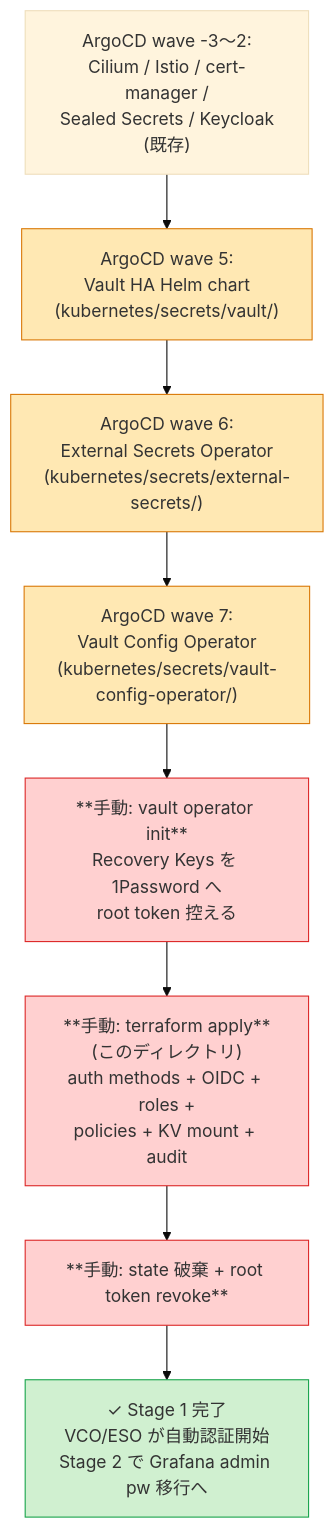
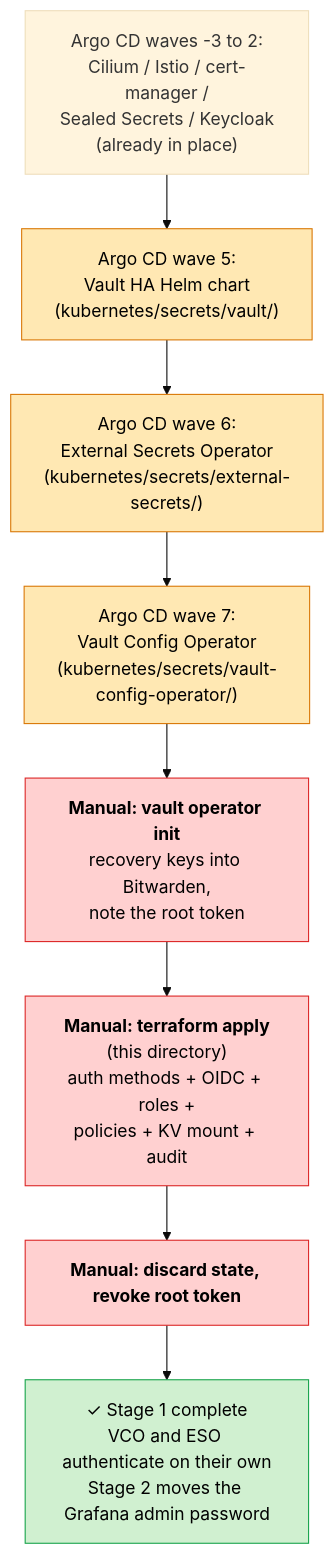
One commit to yu-min3/kensan-lab changed the diagram in bootstrap/vault/README.md. Above: the diagram before and after it, drawn with Mermaid (base theme). The commit also changed other lines of this file and 70 other files, not shown here.

````diff
--- a/bootstrap/vault/README.md
+++ b/bootstrap/vault/README.md
@@ -85,21 +95,21 @@
 ```mermaid
 flowchart TB
-    A["ArgoCD wave -3〜2:<br/>Cilium / Istio / cert-manager /<br/>Sealed Secrets / Keycloak<br/>(既存)"]
-    B["ArgoCD wave 5:<br/>Vault HA Helm chart<br/>(kubernetes/secrets/vault/)"]
-    C["ArgoCD wave 6:<br/>External Secrets Operator<br/>(kubernetes/secrets/external-secrets/)"]
-    D["ArgoCD wave 7:<br/>Vault Config Operator<br/>(kubernetes/secrets/vault-config-operator/)"]
-    E["**手動: vault operator init**<br/>Recovery Keys を 1Password へ<br/>root token 控える"]
-    F["**手動: terraform apply**<br/>(このディレクトリ)<br/>auth methods + OIDC + roles +<br/>policies + KV mount + audit"]
-    G["**手動: state 破棄 + root token revoke**"]
-    H["✓ Stage 1 完了<br/>VCO/ESO が自動認証開始<br/>Stage 2 で Grafana admin pw 移行へ"]
+    A["Argo CD waves -3 to 2:<br/>Cilium / Istio / cert-manager /<br/>Sealed Secrets / Keycloak<br/>(already in place)"]
+    B["Argo CD wave 5:<br/>Vault HA Helm chart<br/>(kubernetes/secrets/vault/)"]
+    C["Argo CD wave 6:<br/>External Secrets Operator<br/>(kubernetes/secrets/external-secrets/)"]
+    D["Argo CD wave 7:<br/>Vault Config Operator<br/>(kubernetes/secrets/vault-config-operator/)"]
+    E["<b>Manual: vault operator init</b><br/>recovery keys into Bitwarden,<br/>note the root token"]
+    F["<b>Manual: terraform apply</b><br/>(this directory)<br/>auth methods + OIDC + roles +<br/>policies + KV mount + audit"]
+    G["<b>Manual: discard state, revoke root token</b>"]
+    H["✓ Stage 1 complete<br/>VCO and ESO authenticate on their own<br/>Stage 2 moves the Grafana admin password"]
 
     A --> B --> C --> D --> E --> F --> G --> H
 
-    style B fill:#ffe8b3,stroke:#d97706
-    style C fill:#ffe8b3,stroke:#d97706
-    style D fill:#ffe8b3,stroke:#d97706
-    style E fill:#ffd0d0,stroke:#dc2626
-    style F fill:#ffd0d0,stroke:#dc2626
-    style G fill:#ffd0d0,stroke:#dc2626
-    style H fill:#d0f0d0,stroke:#16a34a
+    style B fill:#ffe8b3,stroke:#d97706,color:#000
+    style C fill:#ffe8b3,stroke:#d97706,color:#000
+    style D fill:#ffe8b3,stroke:#d97706,color:#000
+    style E fill:#ffd0d0,stroke:#dc2626,color:#000
+    style F fill:#ffd0d0,stroke:#dc2626,color:#000
+    style G fill:#ffd0d0,stroke:#dc2626,color:#000
+    style H fill:#d0f0d0,stroke:#16a34a,color:#000
 ```
````
